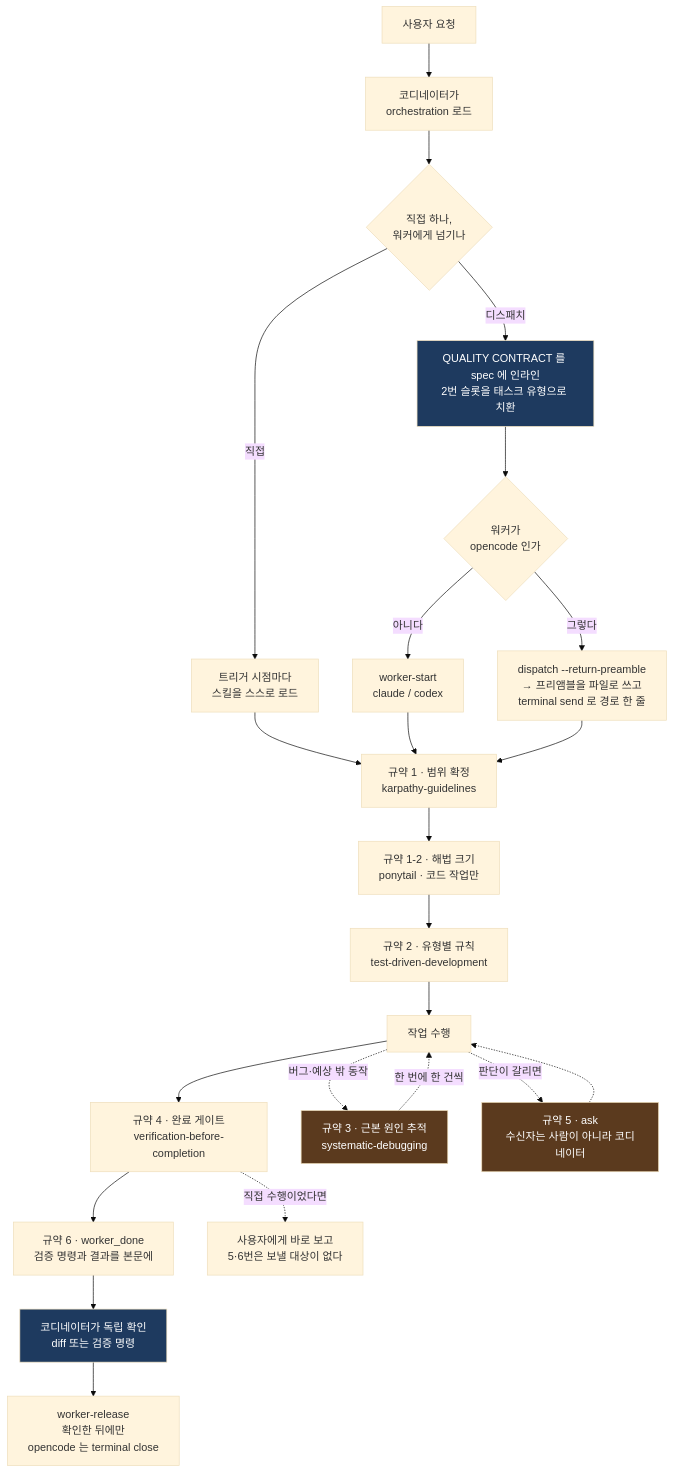
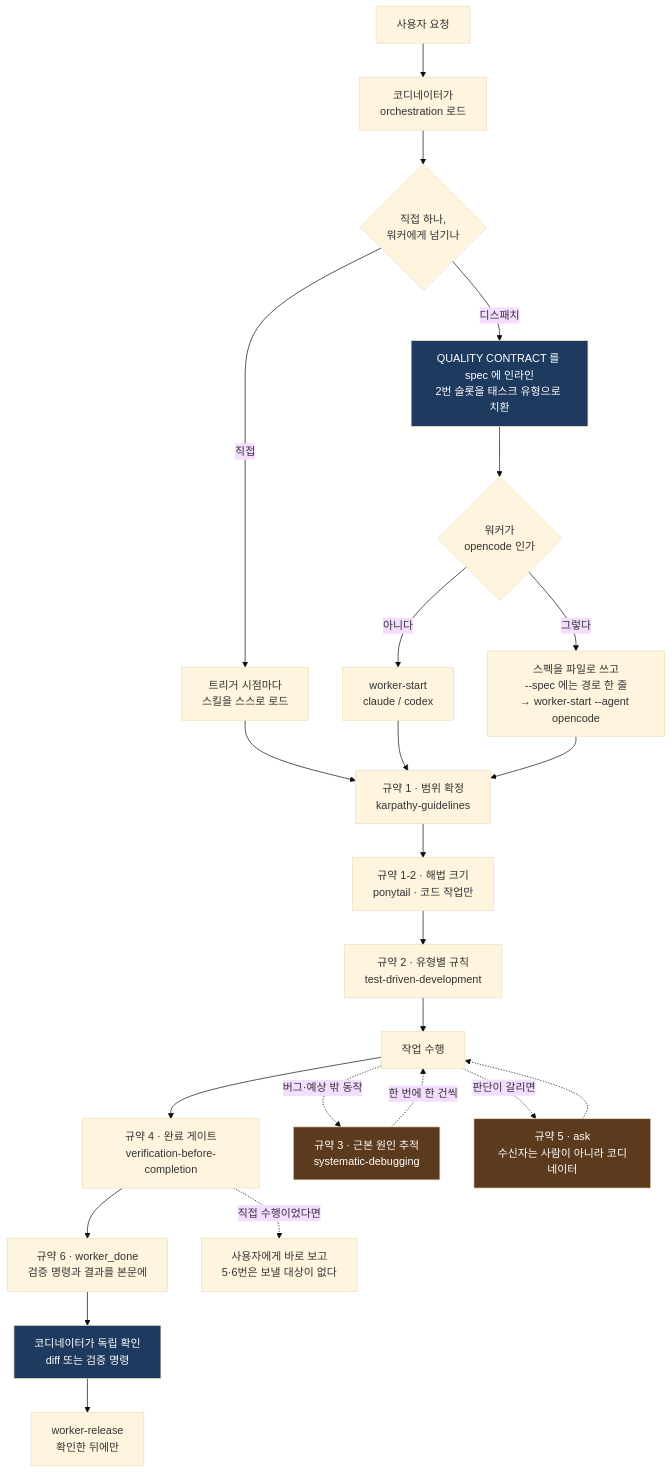
The first of 2 diagrams in README.md (treeman99/skills), drawn with Mermaid (base theme) before and after one commit. The commit also changed other lines of this file and 3 other files, not shown here.

````diff
--- a/README.md
+++ b/README.md
@@ -255,35 +275,35 @@
 ```mermaid
 flowchart TD
     REQ["사용자 요청"] --> ORC["코디네이터가<br/>orchestration 로드"]
     ORC --> MODE{"직접 하나,<br/>워커에게 넘기나"}
 
     MODE -->|"직접"| SELF["트리거 시점마다<br/>스킬을 스스로 로드"]
     MODE -->|"디스패치"| SPEC["QUALITY CONTRACT 를 spec 에 인라인<br/>2번 슬롯을 태스크 유형으로 치환"]
     SPEC --> AG{"워커가<br/>opencode 인가"}
     AG -->|"아니다"| WK["worker-start<br/>claude / codex"]
-    AG -->|"그렇다"| WKO["dispatch --return-preamble<br/>→ 프리앰블을 파일로 쓰고<br/>terminal send 로 경로 한 줄"]
+    AG -->|"그렇다"| WKO["스펙을 파일로 쓰고<br/>--spec 에는 경로 한 줄<br/>→ worker-start --agent opencode"]
 
     SELF --> K["규약 1 · 범위 확정<br/>karpathy-guidelines"]
     WK --> K
     WKO --> K
 
     K --> L["규약 1-2 · 해법 크기<br/>ponytail · 코드 작업만"]
     L --> T["규약 2 · 유형별 규칙<br/>test-driven-development"]
     T --> IMPL["작업 수행"]
     IMPL --> V["규약 4 · 완료 게이트<br/>verification-before-completion"]
 
     V --> DONE["규약 6 · worker_done<br/>검증 명령과 결과를 본문에"]
     DONE --> CONF["코디네이터가 독립 확인<br/>diff 또는 검증 명령"]
-    CONF --> REL["worker-release<br/>확인한 뒤에만<br/>opencode 는 terminal close"]
+    CONF --> REL["worker-release<br/>확인한 뒤에만"]
     V -.->|"직접 수행이었다면"| SREP["사용자에게 바로 보고<br/>5·6번은 보낼 대상이 없다"]
 
     IMPL -.->|"버그·예상 밖 동작"| S["규약 3 · 근본 원인 추적<br/>systematic-debugging"]
     S -.->|"한 번에 한 건씩"| IMPL
     IMPL -.->|"판단이 갈리면"| ASK["규약 5 · ask<br/>수신자는 사람이 아니라 코디네이터"]
     ASK -.-> IMPL
 
     style SPEC fill:#1e3a5f,color:#fff
     style CONF fill:#1e3a5f,color:#fff
     style S fill:#5b3a1e,color:#fff
     style ASK fill:#5b3a1e,color:#fff
 ```
````
